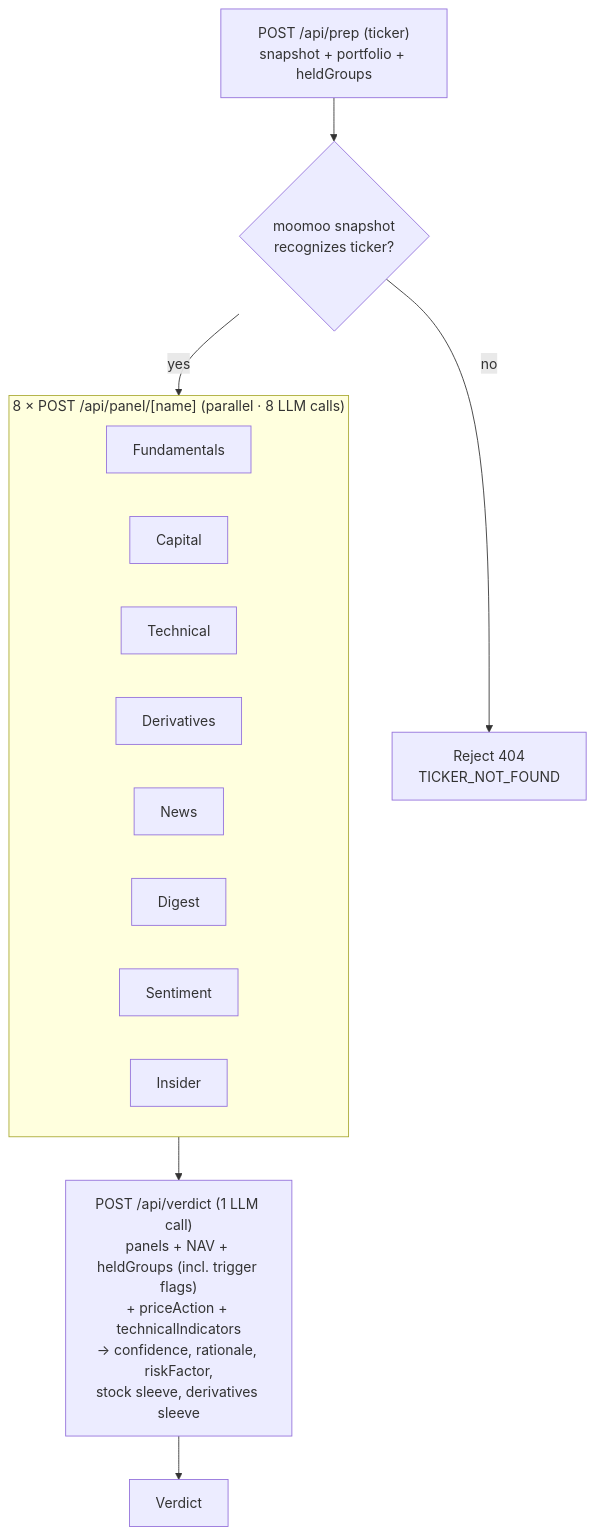
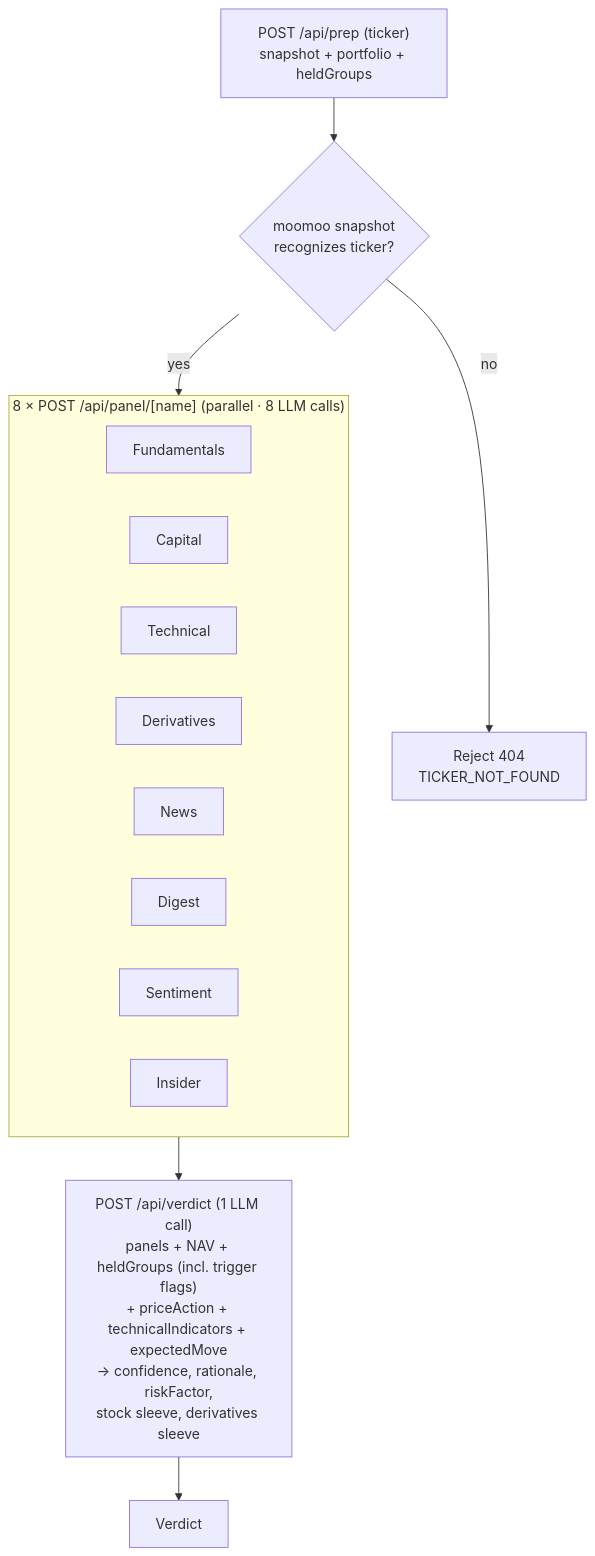
The diagram in README.md (kaicong12/stock-analysis), drawn with Mermaid before and after one commit. The commit also changed other lines of this file, not shown here.

First line of the commit message:
doc: sync README with expected-move + ex-dividend changes

````diff
--- a/README.md
+++ b/README.md
@@ -111,22 +111,22 @@
 ```mermaid
 flowchart TD
     A["POST /api/prep (ticker)<br/>snapshot + portfolio + heldGroups"] --> S0{"moomoo snapshot<br/>recognizes ticker?"}
     S0 -- no --> R["Reject 404<br/>TICKER_NOT_FOUND"]
     S0 -- yes --> S2
 
     subgraph S2["8 × POST /api/panel/[name] (parallel · 8 LLM calls)"]
         direction LR
         P1[Fundamentals]
         P2[Capital]
         P3[Technical]
         P4[Derivatives]
         P5[News]
         P6[Digest]
         P7[Sentiment]
         P8[Insider]
     end
 
-    S2 --> S3["POST /api/verdict (1 LLM call)<br/>panels + NAV + heldGroups (incl. trigger flags)<br/>+ priceAction + technicalIndicators<br/>→ confidence, rationale, riskFactor,<br/>stock sleeve, derivatives sleeve"]
+    S2 --> S3["POST /api/verdict (1 LLM call)<br/>panels + NAV + heldGroups (incl. trigger flags)<br/>+ priceAction + technicalIndicators + expectedMove<br/>→ confidence, rationale, riskFactor,<br/>stock sleeve, derivatives sleeve"]
 
     S3 --> OUT["Verdict"]
 ```
````
